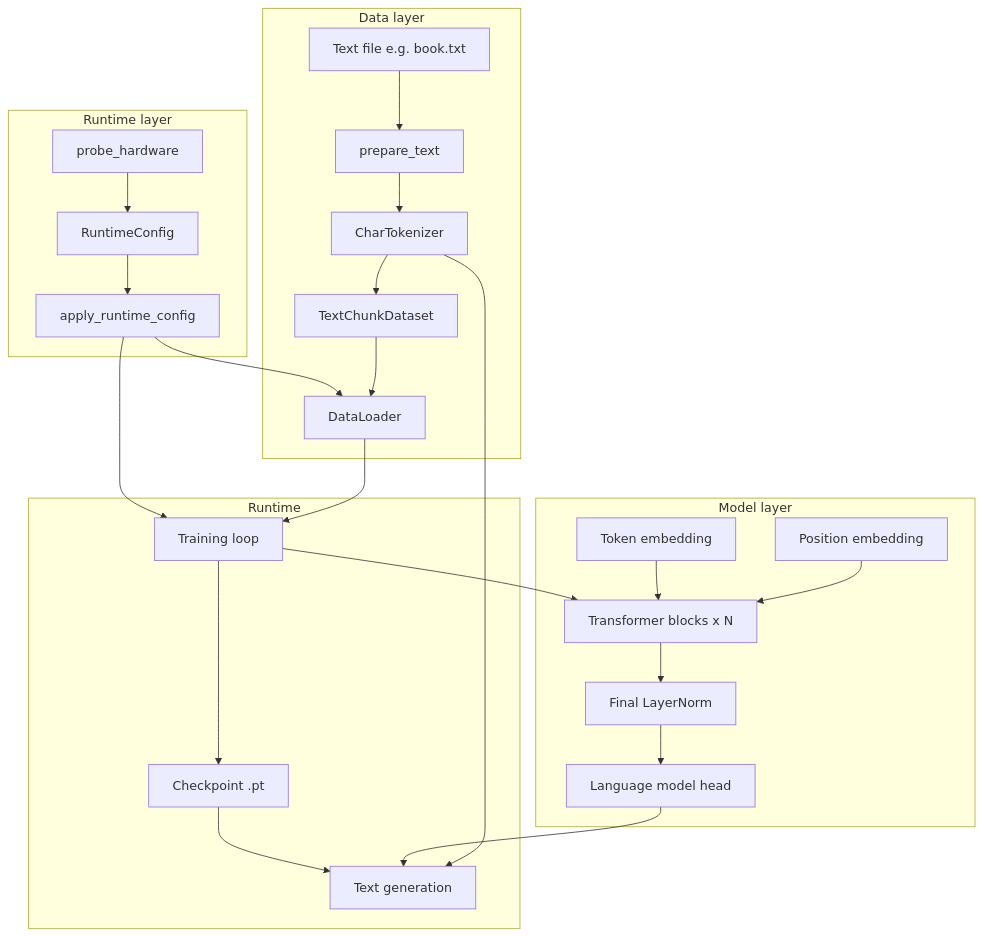
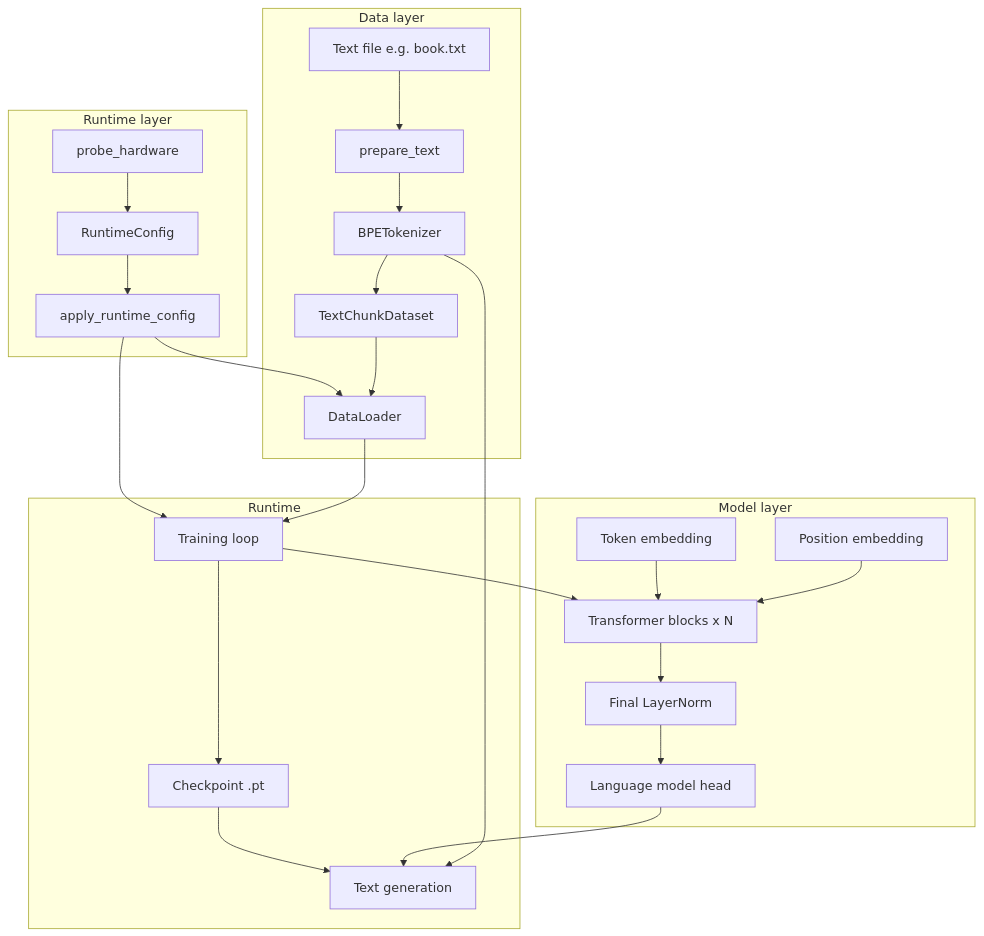
The first of 9 diagrams in README.md (shubham-agarwal-techculture/transformer-model), drawn with Mermaid before and after one commit. The commit also changed other lines of this file and 23 other files, not shown here.

````diff
--- a/README.md
+++ b/README.md
@@ -48,44 +48,44 @@
 ```mermaid
 flowchart TB
     subgraph dataLayer [Data layer]
         BookFile[Text file e.g. book.txt]
         Prepare[prepare_text]
-        Tokenizer[CharTokenizer]
+        Tokenizer[BPETokenizer]
         Dataset[TextChunkDataset]
         DataLoader[DataLoader]
     end
 
     subgraph modelLayer [Model layer]
         TokenEmb[Token embedding]
         PosEmb[Position embedding]
         Blocks[Transformer blocks x N]
         LNF[Final LayerNorm]
         LMHead[Language model head]
     end
 
     subgraph perfLayer [Runtime layer]
         Probe[probe_hardware]
         RuntimeCfg[RuntimeConfig]
         Apply[apply_runtime_config]
     end
 
     subgraph runtime [Runtime]
         TrainLoop[Training loop]
         Checkpoint[Checkpoint .pt]
         Generate[Text generation]
     end
 
     Probe --> RuntimeCfg --> Apply
     Apply --> DataLoader
     Apply --> TrainLoop
     BookFile --> Prepare --> Tokenizer --> Dataset --> DataLoader
     DataLoader --> TrainLoop
     TrainLoop --> Blocks
     TokenEmb --> Blocks
     PosEmb --> Blocks
     Blocks --> LNF --> LMHead
     TrainLoop --> Checkpoint
     Checkpoint --> Generate
     LMHead --> Generate
     Tokenizer --> Generate
 ```
````
